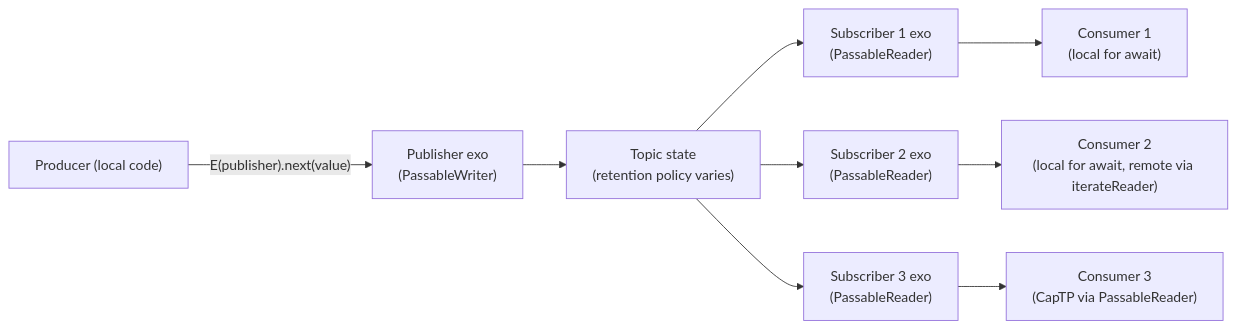
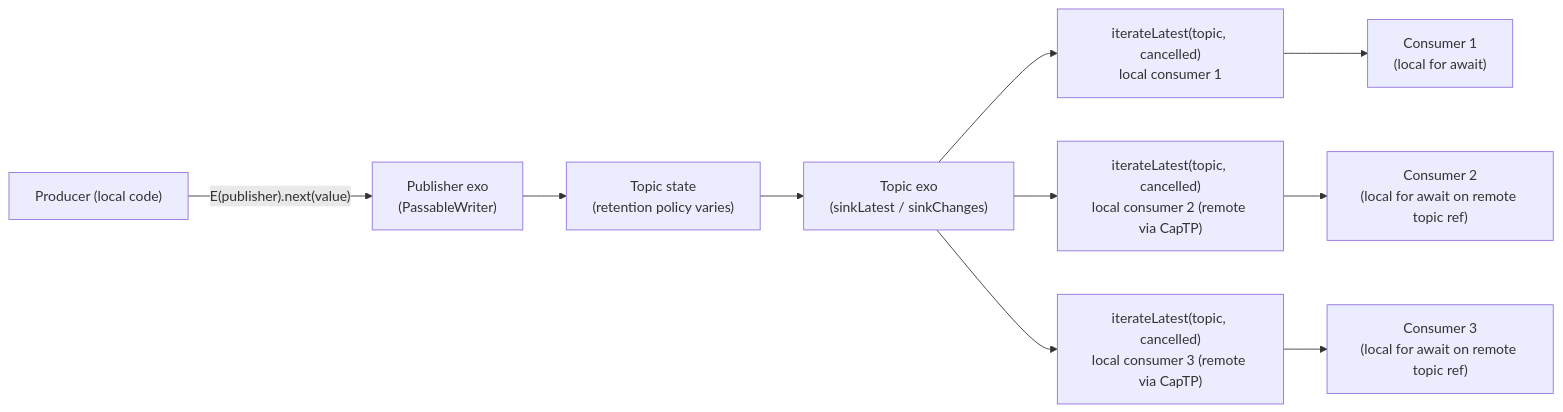
Before and after one commit to endojs/endo: the diagram in designs/notifier-pubsub-migration.md, drawn with Mermaid. The commit also changed other lines of this file, not shown here.

````diff
--- a/designs/notifier-pubsub-migration.md
+++ b/designs/notifier-pubsub-migration.md
@@ -147,11 +175,12 @@
 ```mermaid
 graph LR
   Producer["Producer (local code)"] -->|"E(publisher).next(value)"| Publisher["Publisher exo<br/>(PassableWriter)"]
-  Publisher --> Topic["Topic state<br/>(retention policy varies)"]
-  Topic --> S1["Subscriber 1 exo<br/>(PassableReader)"]
-  Topic --> S2["Subscriber 2 exo<br/>(PassableReader)"]
-  Topic --> S3["Subscriber 3 exo<br/>(PassableReader)"]
-  S1 --> R1["Consumer 1<br/>(local for await)"]
-  S2 --> R2["Consumer 2<br/>(local for await, remote via iterateReader)"]
-  S3 --> R3["Consumer 3<br/>(CapTP via PassableReader)"]
+  Publisher --> State["Topic state<br/>(retention policy varies)"]
+  State --> Topic["Topic exo<br/>(sinkLatest / sinkChanges)"]
+  Topic --> I1["iterateLatest(topic, cancelled)<br/>local consumer 1"]
+  Topic --> I2["iterateLatest(topic, cancelled)<br/>local consumer 2 (remote via CapTP)"]
+  Topic --> I3["iterateLatest(topic, cancelled)<br/>local consumer 3 (remote via CapTP)"]
+  I1 --> R1["Consumer 1<br/>(local for await)"]
+  I2 --> R2["Consumer 2<br/>(local for await on remote topic ref)"]
+  I3 --> R3["Consumer 3<br/>(local for await on remote topic ref)"]
 ```
````
